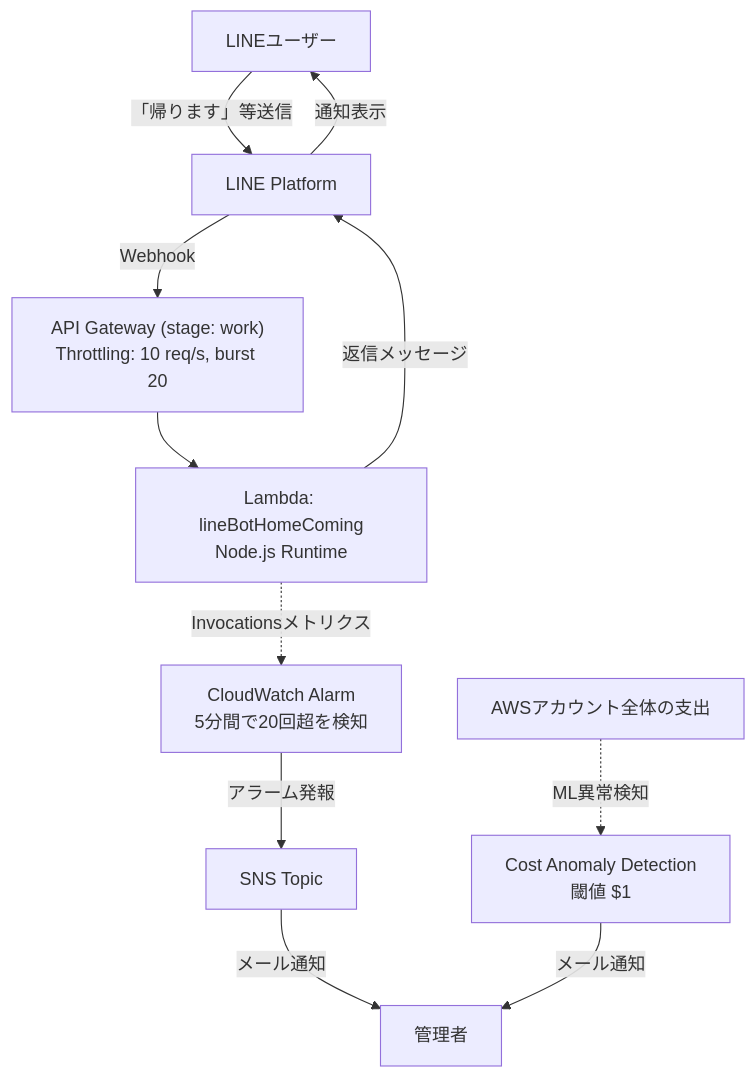
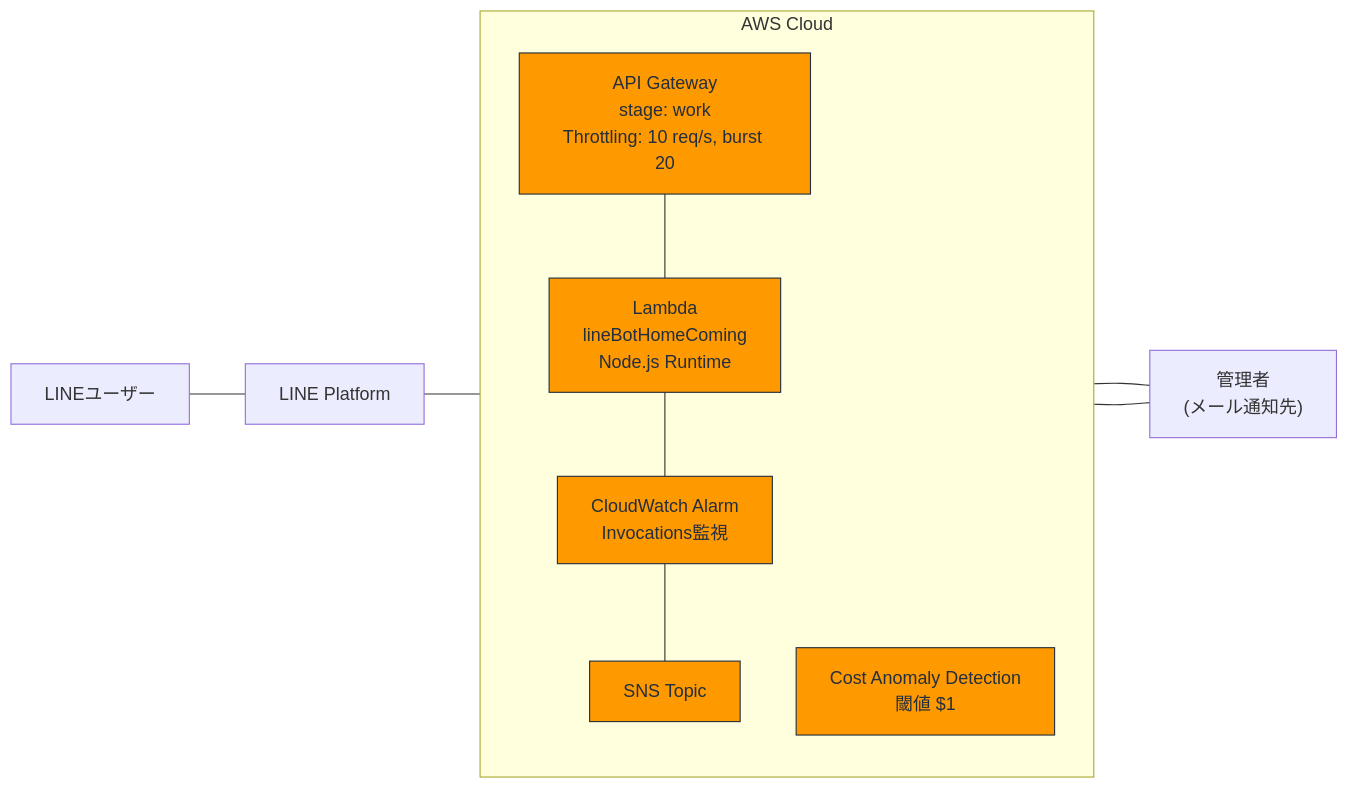
The diagram in README.md (exchange-wata/homeComing), drawn with Mermaid before and after one commit.

Commit message:
docs: 構成図をフロー図からアーキテクチャ図スタイルに修正
処理の時系列フローではなく、AWSアカウント内の各サービス配置と接続関係を示す静的な構成図に変更

````diff
--- a/README.md
+++ b/README.md
@@ -24,15 +24,27 @@
 ```mermaid
-flowchart TD
-    User[LINEユーザー] -->|「帰ります」等送信| LINE[LINE Platform]
-    LINE -->|Webhook| APIGW["API Gateway (stage: work)<br/>Throttling: 10 req/s, burst 20"]
-    APIGW --> Lambda["Lambda: lineBotHomeComing<br/>Node.js Runtime"]
-    Lambda -->|返信メッセージ| LINE
-    LINE -->|通知表示| User
+flowchart LR
+    LINEUser["LINEユーザー"]
+    LINE["LINE Platform"]
+    Owner["管理者<br/>(メール通知先)"]
 
-    Lambda -.->|Invocationsメトリクス| CWAlarm["CloudWatch Alarm<br/>5分間で20回超を検知"]
-    CWAlarm -->|アラーム発報| SNS[SNS Topic]
-    SNS -->|メール通知| Owner[管理者]
+    subgraph AWS["AWS Cloud"]
+        direction TB
+        APIGW["API Gateway<br/>stage: work<br/>Throttling: 10 req/s, burst 20"]
+        Lambda["Lambda<br/>lineBotHomeComing<br/>Node.js Runtime"]
+        CWAlarm["CloudWatch Alarm<br/>Invocations監視"]
+        SNS["SNS Topic"]
+        CostAD["Cost Anomaly Detection<br/>閾値 $1"]
 
-    Account[AWSアカウント全体の支出] -.->|ML異常検知| CostAnomaly["Cost Anomaly Detection<br/>閾値 $1"]
-    CostAnomaly -->|メール通知| Owner
+        APIGW --- Lambda
+        Lambda --- CWAlarm
+        CWAlarm --- SNS
+    end
+
+    LINEUser --- LINE
+    LINE --- APIGW
+    SNS --- Owner
+    CostAD --- Owner
+
+    classDef aws fill:#FF9900,stroke:#232F3E,color:#232F3E;
+    class APIGW,Lambda,CWAlarm,SNS,CostAD aws
 ```
````
